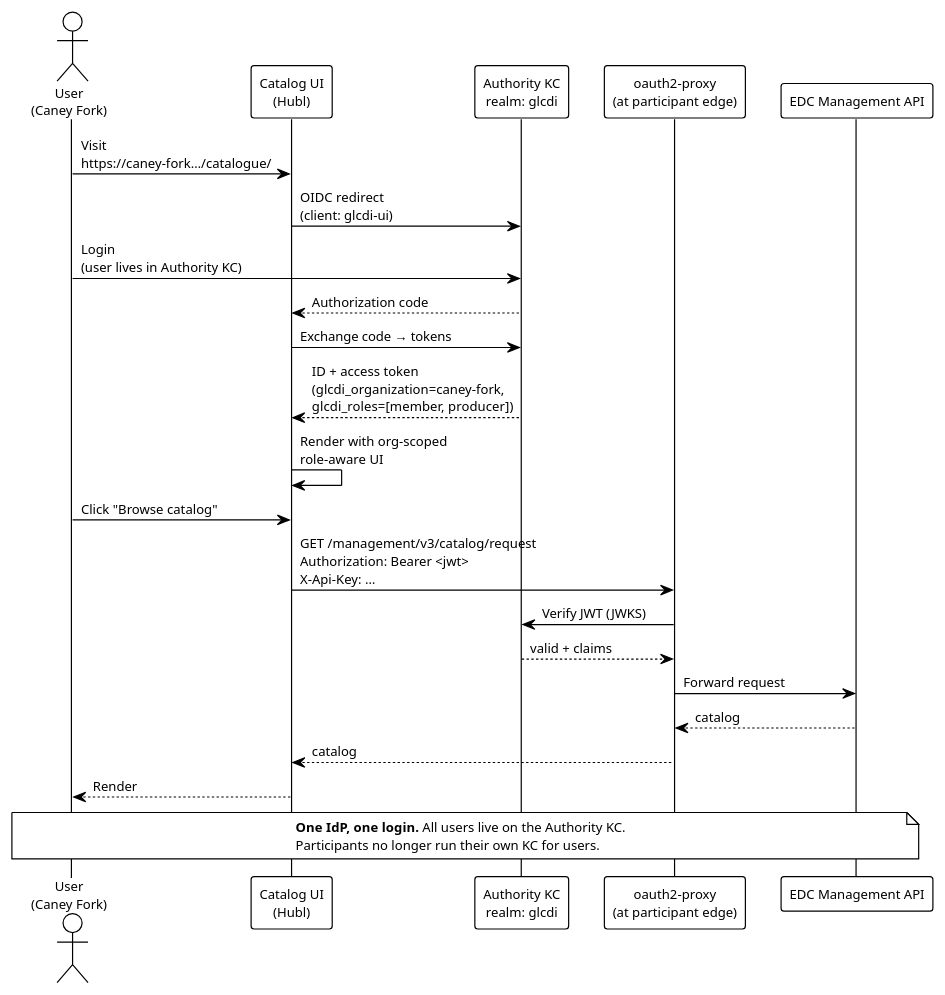
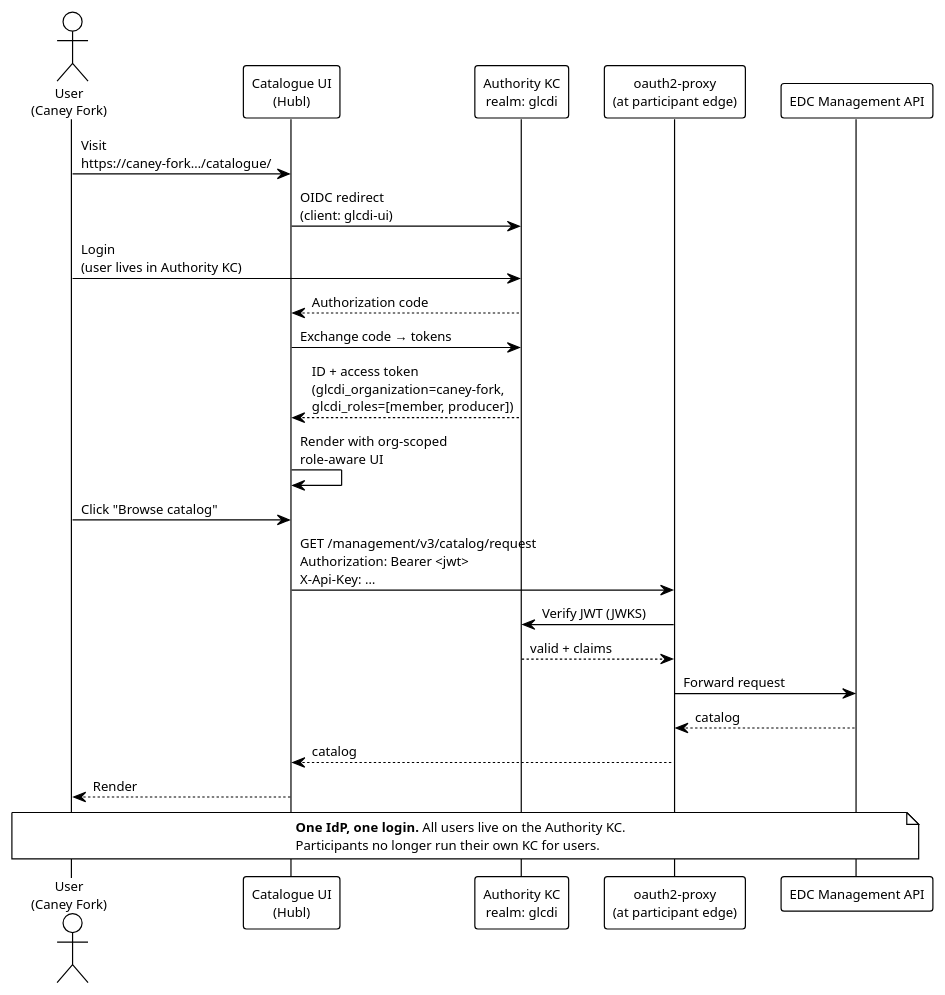
One commit to glcdi/documentation changed the sixth of 11 diagrams in reference/authentication.md. Above: the diagram before and after it, drawn with PlantUML. The commit also changed other lines of this file and 22 other files, not shown here.

````diff
--- a/reference/authentication.md
+++ b/reference/authentication.md
@@ -271,33 +271,33 @@
 ```plantuml
 @startuml
 !theme plain
 skinparam defaultFontSize 11
 
 actor "User\n(Caney Fork)" as U
-participant "Catalog UI\n(Hubl)" as UI
+participant "Catalogue UI\n(Hubl)" as UI
 participant "Authority KC\nrealm: glcdi" as KC
 participant "oauth2-proxy\n(at participant edge)" as OP
 participant "EDC Management API" as EDC
 
 U -> UI : Visit\nhttps://caney-fork…/catalogue/
 UI -> KC : OIDC redirect\n(client: glcdi-ui)
 U -> KC : Login\n(user lives in Authority KC)
 KC --> UI : Authorization code
 UI -> KC : Exchange code → tokens
 KC --> UI : ID + access token\n(glcdi_organization=caney-fork,\nglcdi_roles=[member, producer])
 UI -> UI : Render with org-scoped\nrole-aware UI
 U -> UI : Click "Browse catalog"
 UI -> OP : GET /management/v3/catalog/request\nAuthorization: Bearer <jwt>\nX-Api-Key: …
 OP -> KC : Verify JWT (JWKS)
 KC --> OP : valid + claims
 OP -> EDC : Forward request
 EDC --> OP : catalog
 OP --> UI : catalog
 UI --> U : Render
 
 note over U, EDC
   **One IdP, one login.** All users live on the Authority KC.
   Participants no longer run their own KC for users.
 end note
 @enduml
 ```
````
